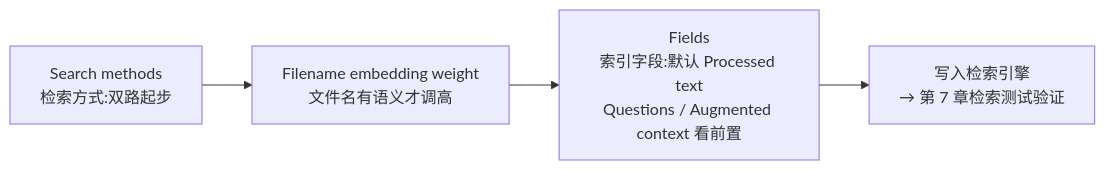
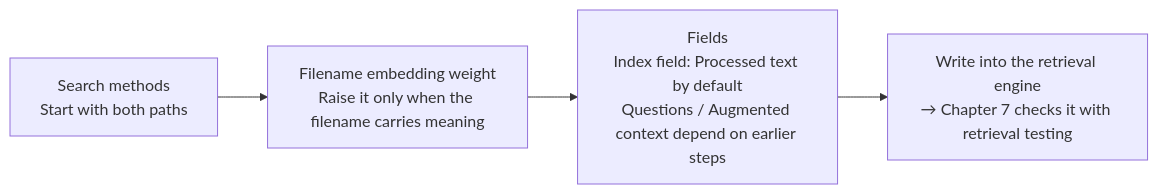
The third of 3 diagrams in books/ragflow/en/chapters/05-enrichment-indexing.md (ybak/ai-tutorial), drawn with Mermaid before and after one commit. The commit also changed other lines of this file and 16 other files, not shown here.

First line of the commit message:
docs(ragflow): 按审阅改英文图、注释和正文

````diff
--- a/books/ragflow/en/chapters/05-enrichment-indexing.md
+++ b/books/ragflow/en/chapters/05-enrichment-indexing.md
@@ -214,5 +214,5 @@
 ```mermaid
 flowchart LR
-    S["Search methods<br/>检索方式:双路起步"] --> W["Filename embedding weight<br/>文件名有语义才调高"] --> F["Fields<br/>索引字段:默认 Processed text<br/>Questions / Augmented context 看前置"]
-    F --> D["写入检索引擎<br/>→ 第 7 章检索测试验证"]
+    S["Search methods<br/>Start with both paths"] --> W["Filename embedding weight<br/>Raise it only when the filename carries meaning"] --> F["Fields<br/>Index field: Processed text by default<br/>Questions / Augmented context depend on earlier steps"]
+    F --> D["Write into the retrieval engine<br/>→ Chapter 7 checks it with retrieval testing"]
 ```
````
